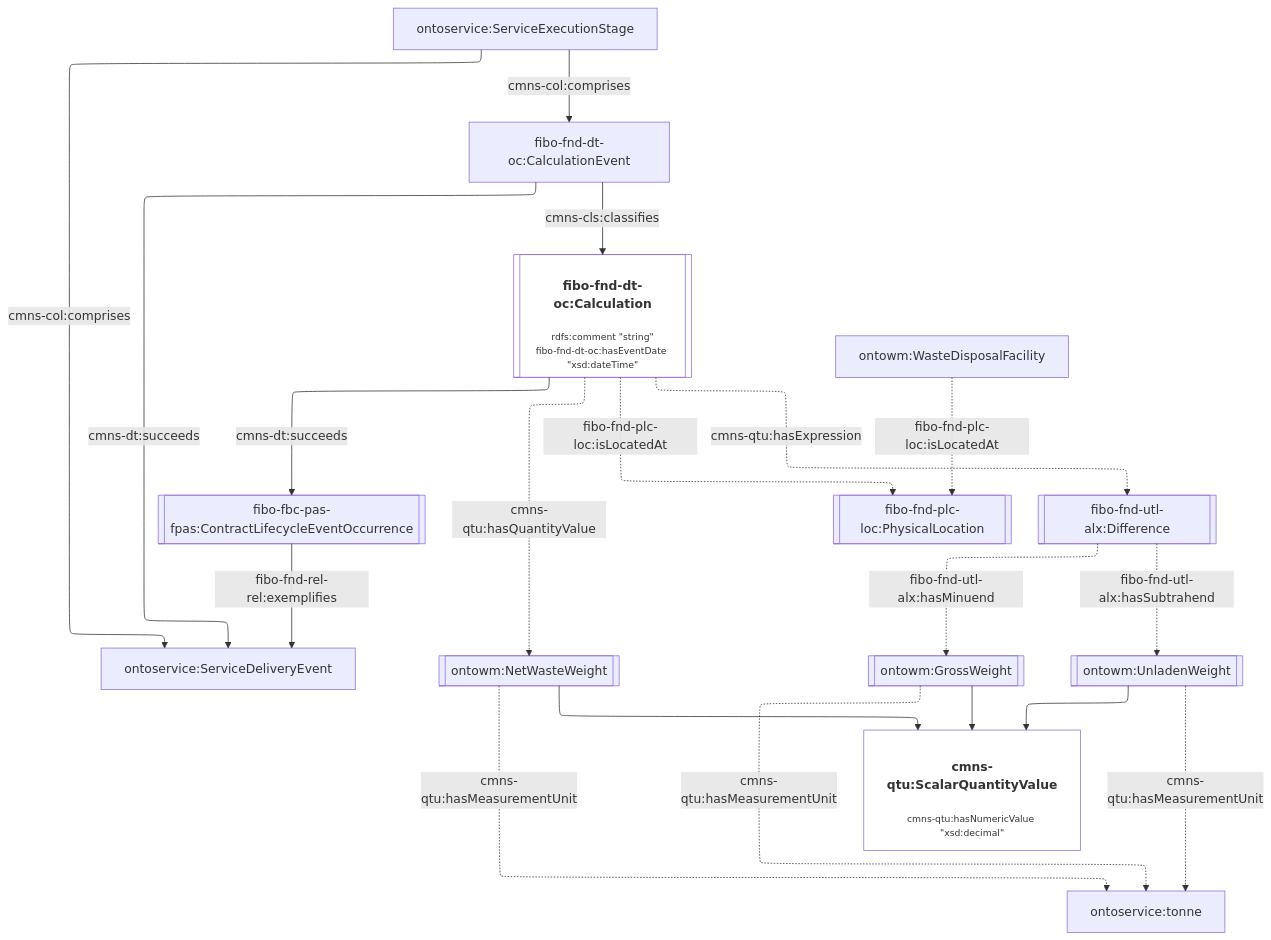
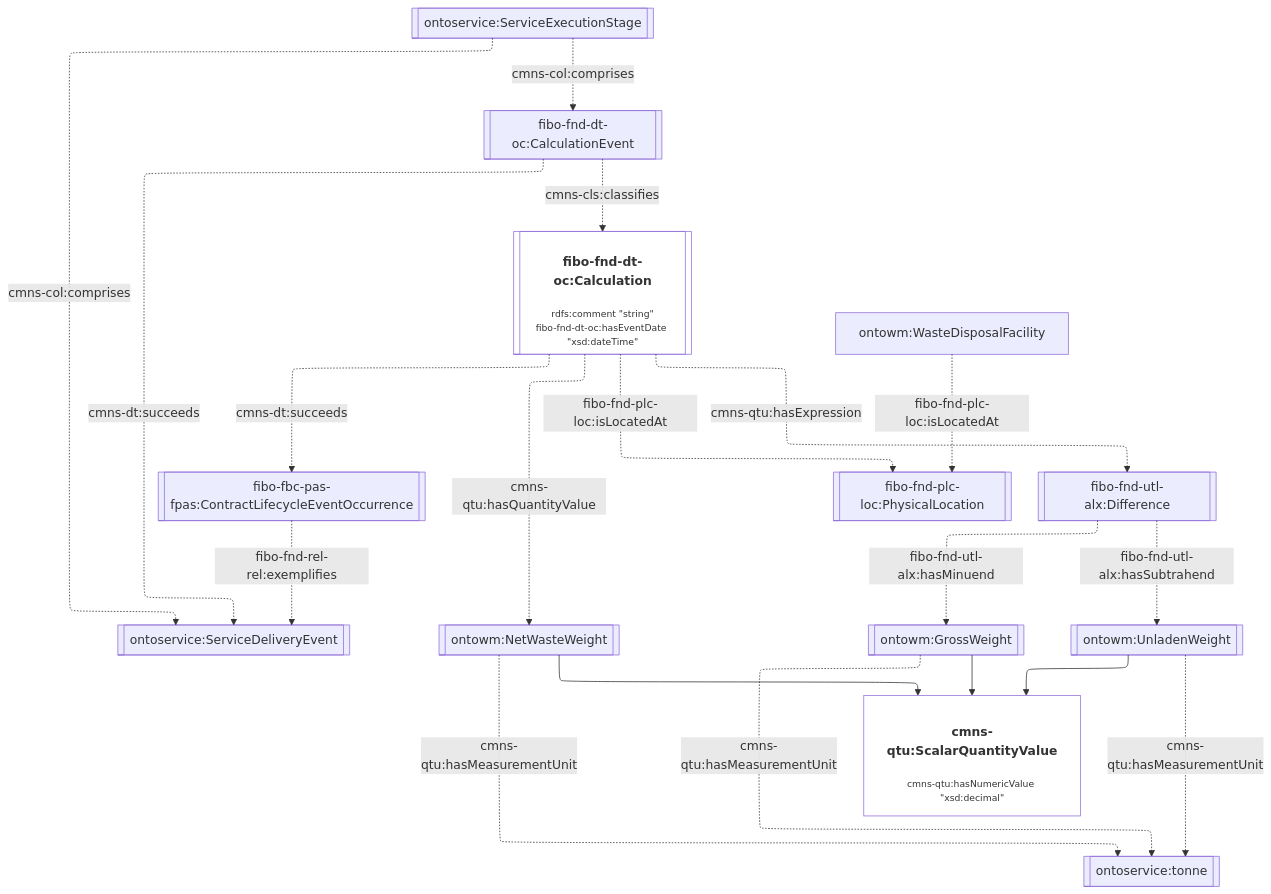
Before and after one commit to cambridge-cares/TheWorldAvatar: the ninth of 13 diagrams in JPS_Ontology/ontology/ontowastemanagement/README.md, drawn with Mermaid. The commit also changed other lines of this file and 2 other files, not shown here.

Commit message:
dev-service-execution-ontology-extension: update documentation based on review comments

````diff
--- a/JPS_Ontology/ontology/ontowastemanagement/README.md
+++ b/JPS_Ontology/ontology/ontowastemanagement/README.md
@@ -353,33 +352,33 @@
 ```mermaid
 %%{init: {"flowchart": {"defaultRenderer": "elk"}} }%%
 flowchart TD
     %% Styling
     classDef literal fill:none
     classDef node overflow-wrap:break-word,text-wrap:pretty
     linkStyle default overflow-wrap:break-word,text-wrap:pretty;
 
     %% Contents
-    CalculationEvent[fibo-fnd-dt-oc:CalculationEvent] -- cmns-dt:succeeds --> ServiceDeliveryEvent[ontoservice:ServiceDeliveryEvent]
-    Calculation[["<h4>fibo-fnd-dt-oc:Calculation</h4><p style='font-size:0.75rem;'>rdfs:comment &quot;string&quot;<br>fibo-fnd-dt-oc:hasEventDate &quot;xsd:dateTime&quot;</p>"]]:::literal -- cmns-dt:succeeds --> EventOccurrence[[fibo-fbc-pas-fpas:ContractLifecycleEventOccurrence]]
-    ServiceExecutionStage[ontoservice:ServiceExecutionStage] -- cmns-col:comprises --> ServiceDeliveryEvent
-    ServiceExecutionStage -- cmns-col:comprises --> CalculationEvent
-    EventOccurrence -- fibo-fnd-rel-rel:exemplifies --> ServiceDeliveryEvent
-    CalculationEvent -- cmns-cls:classifies --> Calculation
+    CalculationEvent[[fibo-fnd-dt-oc:CalculationEvent]] -. cmns-dt:succeeds .-> ServiceDeliveryEvent[[ontoservice:ServiceDeliveryEvent]]
+    Calculation[["<h4>fibo-fnd-dt-oc:Calculation</h4><p style='font-size:0.75rem;'>rdfs:comment &quot;string&quot;<br>fibo-fnd-dt-oc:hasEventDate &quot;xsd:dateTime&quot;</p>"]]:::literal -. cmns-dt:succeeds .-> EventOccurrence[[fibo-fbc-pas-fpas:ContractLifecycleEventOccurrence]]
+    ServiceExecutionStage[[ontoservice:ServiceExecutionStage]] -. cmns-col:comprises .-> ServiceDeliveryEvent
+    ServiceExecutionStage -. cmns-col:comprises .-> CalculationEvent
+    EventOccurrence -. fibo-fnd-rel-rel:exemplifies .-> ServiceDeliveryEvent
+    CalculationEvent -. cmns-cls:classifies .-> Calculation
 
     ontowm:WasteDisposalFacility -. fibo-fnd-plc-loc:isLocatedAt .-> Location[[fibo-fnd-plc-loc:PhysicalLocation]]
     Calculation -. fibo-fnd-plc-loc:isLocatedAt .-> Location
 
     Calculation -. cmns-qtu:hasQuantityValue .-> NetWasteWeight[[ontowm:NetWasteWeight]]
 
     Calculation -. cmns-qtu:hasExpression .-> Expression[[fibo-fnd-utl-alx:Difference]]
     Expression -. fibo-fnd-utl-alx:hasMinuend .-> GrossWeight[[ontowm:GrossWeight]]
     Expression -. fibo-fnd-utl-alx:hasSubtrahend .-> UnladenWeight[[ontowm:UnladenWeight]]
 
     NetWasteWeight --> ScalarQuantityValue["<h4>cmns-qtu:ScalarQuantityValue</h4><p style='font-size:0.75rem;'>cmns-qtu:hasNumericValue &quot;xsd:decimal&quot;</p>"]:::literal
-    GrossWeight --> ScalarQuantityValue["<h4>cmns-qtu:ScalarQuantityValue</h4><p style='font-size:0.75rem;'>cmns-qtu:hasNumericValue &quot;xsd:decimal&quot;</p>"]:::literal
-    UnladenWeight --> ScalarQuantityValue["<h4>cmns-qtu:ScalarQuantityValue</h4><p style='font-size:0.75rem;'>cmns-qtu:hasNumericValue &quot;xsd:decimal&quot;</p>"]:::literal
+    GrossWeight --> ScalarQuantityValue
+    UnladenWeight --> ScalarQuantityValue
 
-    NetWasteWeight -. cmns-qtu:hasMeasurementUnit .-> tonne[ontoservice:tonne]
+    NetWasteWeight -. cmns-qtu:hasMeasurementUnit .-> tonne[[ontoservice:tonne]]
     GrossWeight -. cmns-qtu:hasMeasurementUnit .-> tonne
     UnladenWeight -. cmns-qtu:hasMeasurementUnit .-> tonne
 ```
````
